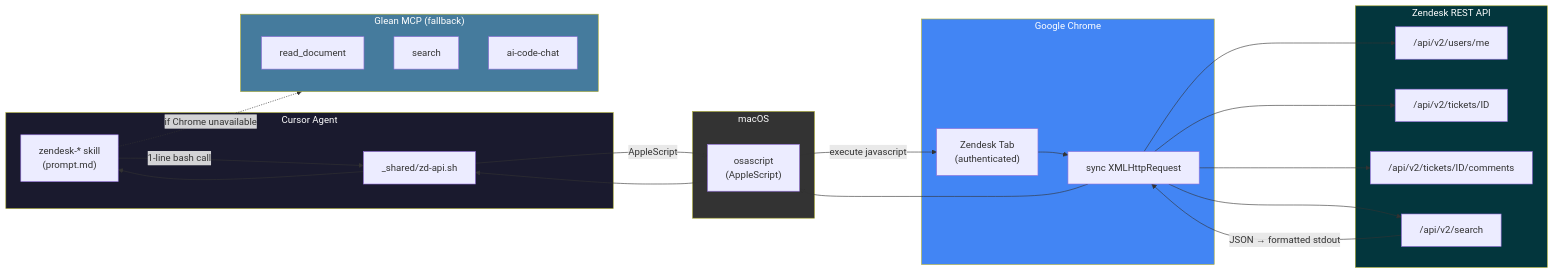
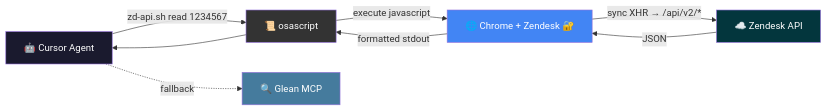
Before and after one commit to ddalexvea/datadog-cursor-diagnose-skills: the first of 3 diagrams in README.md, drawn with Mermaid.

Commit message:
Compact Chrome JS bridge diagram for better readability
Made-with: Cursor

````diff
--- a/README.md
+++ b/README.md
@@ -15,45 +15,15 @@
 ```mermaid
 flowchart LR
-    subgraph Agent["Cursor Agent"]
-        Skill["zendesk-* skill<br>(prompt.md)"]
-        ZD["_shared/zd-api.sh"]
-    end
+    A["🤖 Cursor Agent"] -->|"zd-api.sh read 1234567"| B["📜 osascript"]
+    B -->|"execute javascript"| C["🌐 Chrome + Zendesk 🔐"]
+    C -->|"sync XHR → /api/v2/*"| D["☁️ Zendesk API"]
+    D -->|"JSON"| C -->|"formatted stdout"| B --> A
 
-    subgraph macOS["macOS"]
-        OSA["osascript<br>(AppleScript)"]
-    end
+    A -.->|"fallback"| E["🔍 Glean MCP"]
 
-    subgraph Chrome["Google Chrome"]
-        Tab["Zendesk Tab<br>(authenticated)"]
-        JS["sync XMLHttpRequest"]
-    end
-
-    subgraph ZenAPI["Zendesk REST API"]
-        Users["/api/v2/users/me"]
-        Tickets["/api/v2/tickets/ID"]
-        Comments["/api/v2/tickets/ID/comments"]
-        Search["/api/v2/search"]
-    end
-
-    subgraph Fallback["Glean MCP (fallback)"]
-        GRead["read_document"]
-        GSearch["search"]
-        GChat["ai-code-chat"]
-    end
-
-    Skill -->|"1-line bash call"| ZD
-    ZD -->|"AppleScript"| OSA
-    OSA -->|"execute javascript"| Tab
-    Tab --> JS
-    JS --> Users & Tickets & Comments & Search
-    Search -->|"JSON → formatted stdout"| JS
-    JS --> OSA --> ZD --> Skill
-
-    Skill -.->|"if Chrome unavailable"| Fallback
-
-    style Agent fill:#1a1a2e,color:#fff
-    style Chrome fill:#4285f4,color:#fff
-    style ZenAPI fill:#03363d,color:#fff
-    style macOS fill:#333,color:#fff
-    style Fallback fill:#457b9d,color:#fff
+    style A fill:#1a1a2e,color:#fff
+    style B fill:#333,color:#fff
+    style C fill:#4285f4,color:#fff
+    style D fill:#03363d,color:#fff
+    style E fill:#457b9d,color:#fff
 ```
````
